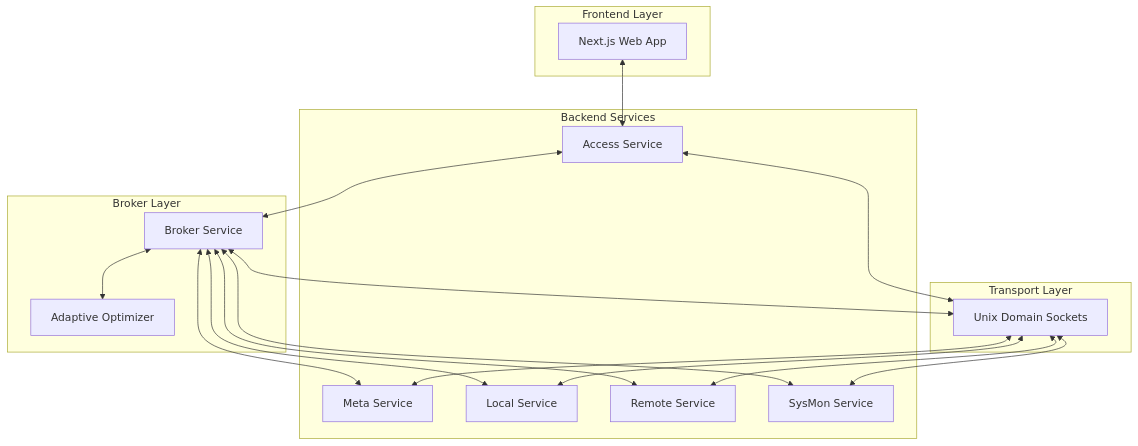
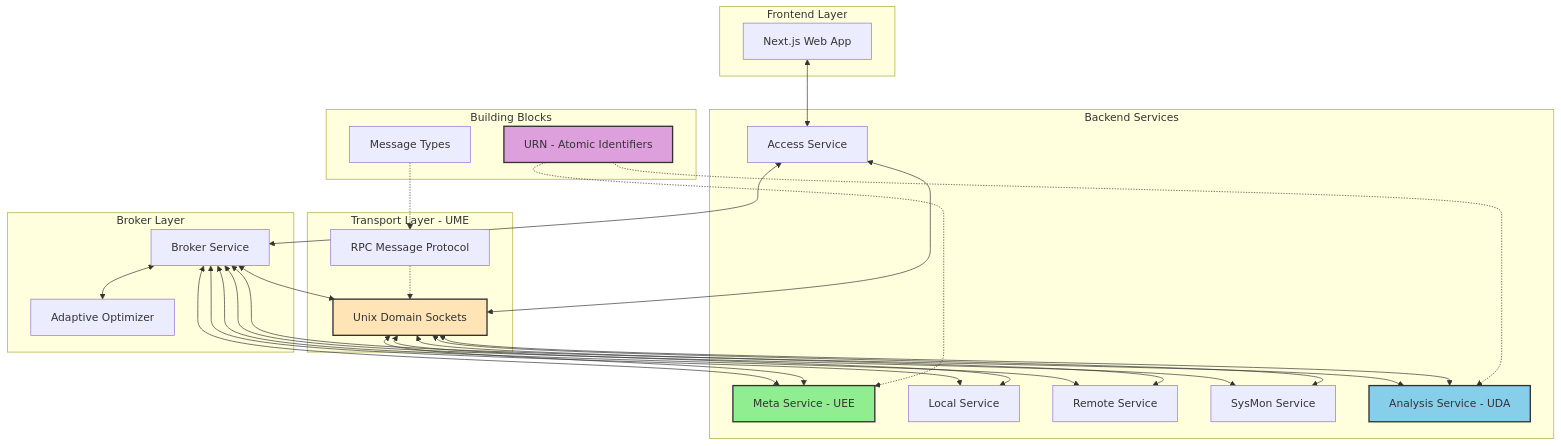
Before and after one commit to cyw0ng95/v2e: the first of 3 diagrams in README.md, drawn with Mermaid. The commit also changed other lines of this file, not shown here.

Commit message:
docs: document UEE, UDA, UME frameworks with URN and RPC building blocks

````diff
--- a/README.md
+++ b/README.md
@@ -131,37 +131,56 @@
 ```mermaid
 graph TB
     subgraph "Frontend Layer"
         A[Next.js Web App]
     end
 
     subgraph "Broker Layer"
         B[Broker Service]
         Opt[Adaptive Optimizer]
     end
 
     subgraph "Backend Services"
         C[Access Service]
-        D[Meta Service]
+        D[Meta Service - UEE]
         E[Local Service]
         F[Remote Service]
         G[SysMon Service]
+        H[Analysis Service - UDA]
     end
 
-    subgraph "Transport Layer"
+    subgraph "Transport Layer - UME"
         UDS[Unix Domain Sockets]
+        RPC[RPC Message Protocol]
+    end
+
+    subgraph "Building Blocks"
+        URN[URN - Atomic Identifiers]
+        MSG[Message Types]
     end
 
     A <--> C
     C <--> B
     B <--> D
     B <--> E
     B <--> F
     B <--> G
+    B <--> H
     B <--> Opt
     B <--> UDS
     UDS <--> C
     UDS <--> D
     UDS <--> E
     UDS <--> F
     UDS <--> G
+    UDS <--> H
+    
+    RPC -.-> UDS
+    URN -.-> D
+    URN -.-> H
+    MSG -.-> RPC
+
+    style D fill:#90EE90,stroke:#333,stroke-width:2px
+    style H fill:#87CEEB,stroke:#333,stroke-width:2px
+    style UDS fill:#FFE4B5,stroke:#333,stroke-width:2px
+    style URN fill:#DDA0DD,stroke:#333,stroke-width:2px
 ```
````
